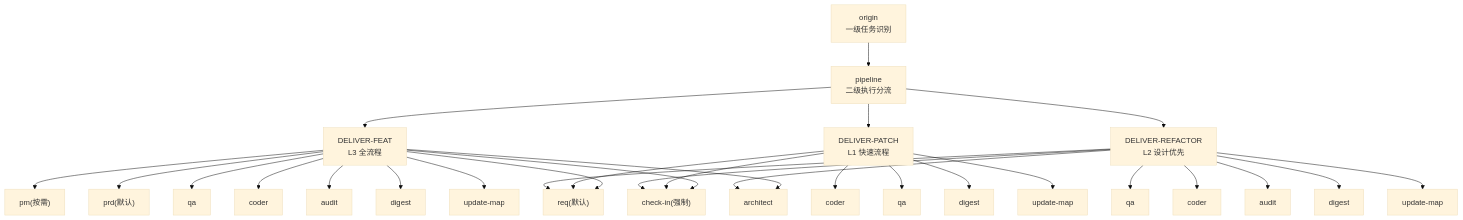
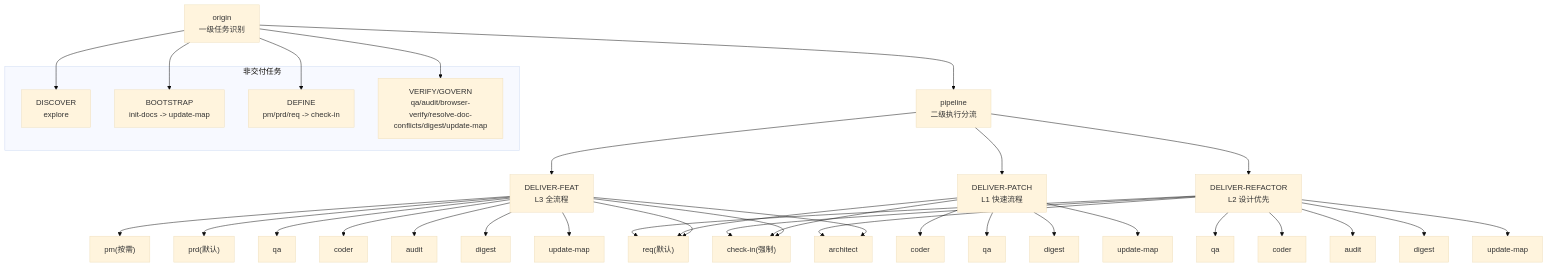
Before and after one commit to CryptoLinxu/Web3-AI-Agent: the second of 4 diagrams in .qoder/repowiki/zh/content/技能系统架构/技能系统架构.md, drawn with Mermaid (base theme). The commit also changed other lines of this file and 15 other files, not shown here.

````diff
--- a/.qoder/repowiki/zh/content/技能系统架构/技能系统架构.md
+++ b/.qoder/repowiki/zh/content/技能系统架构/技能系统架构.md
@@ -103,31 +161,41 @@
 ```mermaid
 graph TB
 O["origin<br/>一级任务识别"] --> P["pipeline<br/>二级执行分流"]
 P --> DF["DELIVER-FEAT<br/>L3 全流程"]
 P --> DP["DELIVER-PATCH<br/>L1 快速流程"]
 P --> DR["DELIVER-REFACTOR<br/>L2 设计优先"]
 DF --> PM["pm(按需)"]
 DF --> PRD["prd(默认)"]
 DF --> REQ["req(默认)"]
 DF --> CI["check-in(强制)"]
 DF --> ARC["architect"]
 DF --> QA1["qa"]
 DF --> CODER1["coder"]
 DF --> AUD1["audit"]
 DF --> DIG1["digest"]
 DF --> UM1["update-map"]
 DP --> REQ
 DP --> CI
 DP --> CODER2["coder"]
 DP --> QA2["qa"]
 DP --> DIG2["digest"]
 DP --> UM2["update-map"]
 DR --> REQ
 DR --> CI
 DR --> ARC
 DR --> QA3["qa"]
 DR --> CODER3["coder"]
 DR --> AUD2["audit"]
 DR --> DIG3["digest"]
 DR --> UM3["update-map"]
+subgraph "非交付任务"
+DIS["DISCOVER<br/>explore"]
+BOOT["BOOTSTRAP<br/>init-docs -> update-map"]
+DEF["DEFINE<br/>pm/prd/req -> check-in"]
+VER["VERIFY/GOVERN<br/>qa/audit/browser-verify/resolve-doc-conflicts/digest/update-map"]
+end
+O --> DIS
+O --> BOOT
+O --> DEF
+O --> VER
 ```
````
